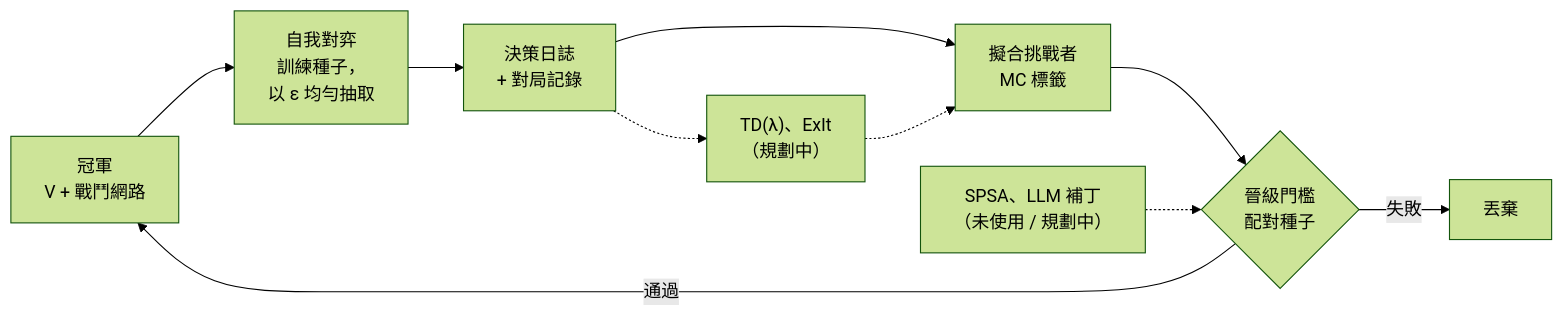
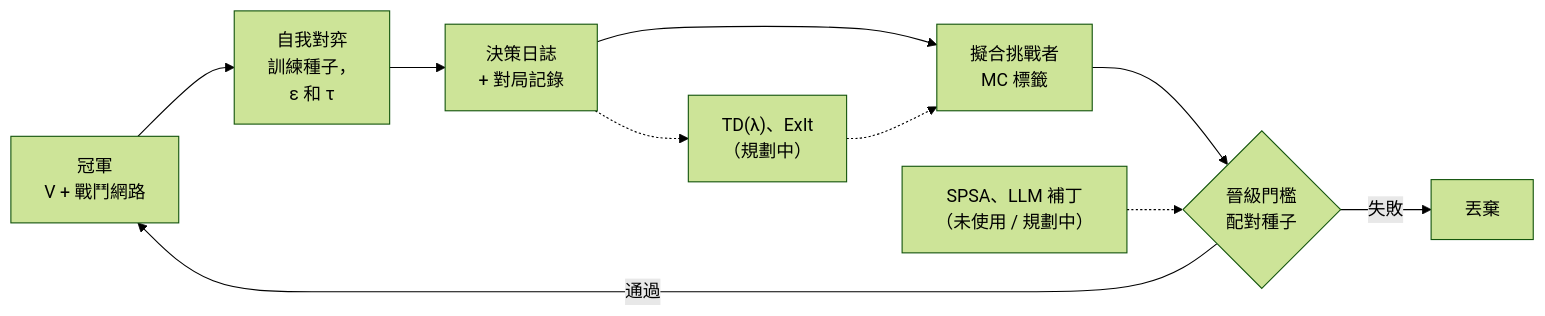
The diagram in docs/src/content/docs/zh-tw/arch/learning/index.mdx (shinnku-nikaidou/spire-zero), drawn with Mermaid (forest theme) before and after one commit. The commit also changed other lines of this file and 92 other files, not shown here.

````diff
--- a/docs/src/content/docs/zh-tw/arch/learning/index.mdx
+++ b/docs/src/content/docs/zh-tw/arch/learning/index.mdx
@@ -38,12 +38,12 @@
 ```mermaid
 flowchart LR
-  C["冠軍<br/>V + 戰鬥網路"] --> SP["自我對弈<br/>訓練種子，<br/>以 ε 均勻抽取"]
+  C["冠軍<br/>V + 戰鬥網路"] --> SP["自我對弈<br/>訓練種子，<br/>ε 和 τ"]
   SP --> D["決策日誌<br/>+ 對局記錄"]
   D --> F["擬合挑戰者<br/>MC 標籤"]
   F --> G{"晉級門檻<br/>配對種子"}
   G -->|"通過"| C
   G -->|"失敗"| X["丟棄"]
   D -.-> TD["TD(λ)、ExIt<br/>（規劃中）"]
   TD -.-> F
   P["SPSA、LLM 補丁<br/>（未使用 / 規劃中）"] -.-> G
 ```
````
